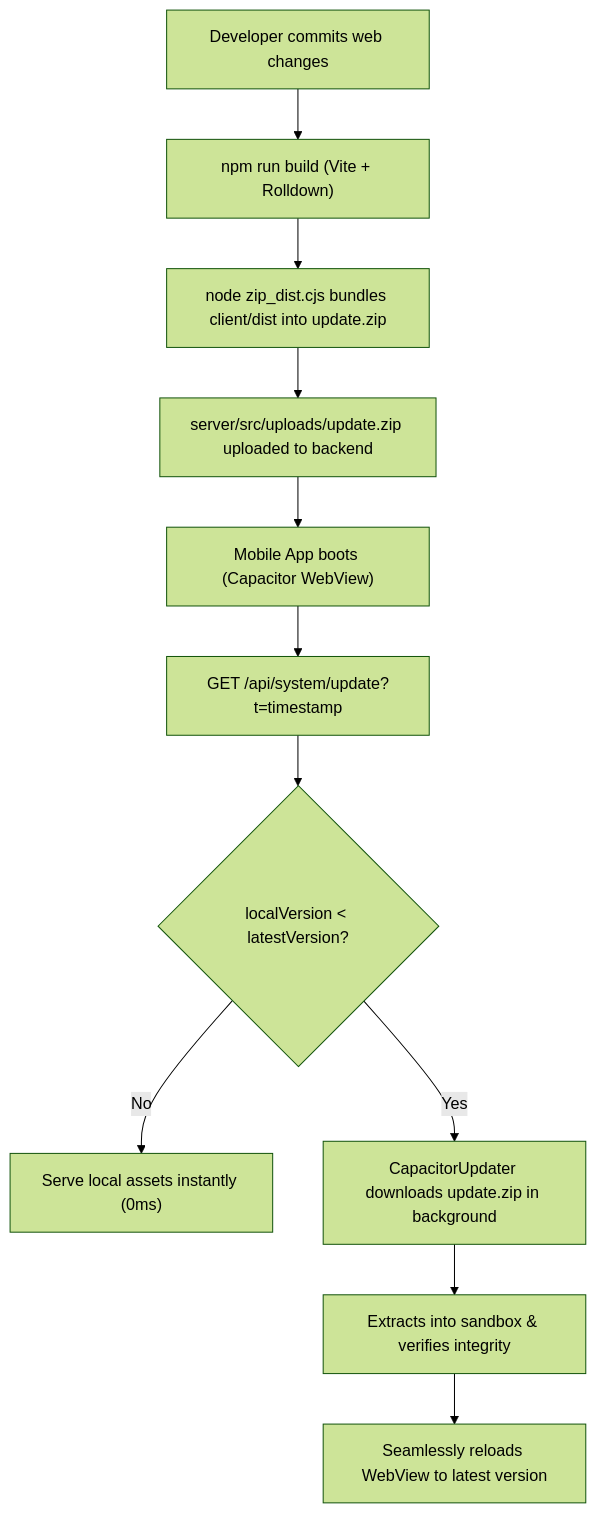
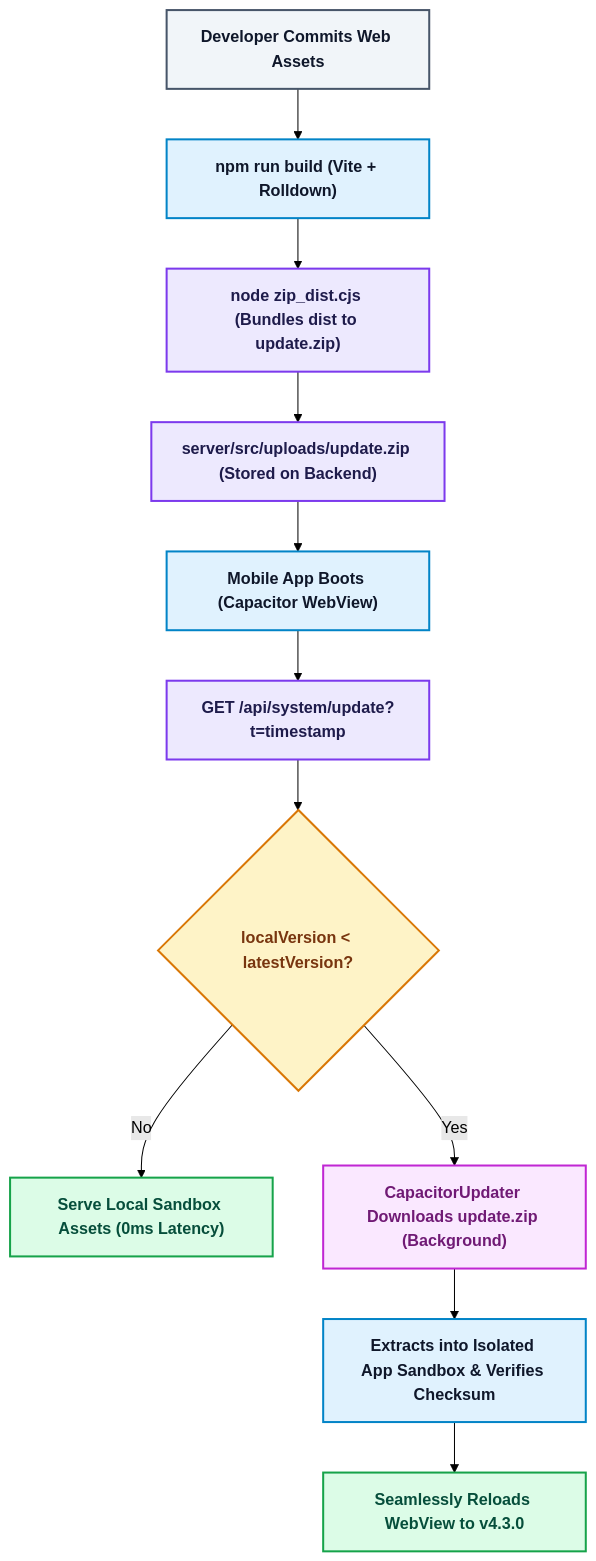
Before and after one commit to nrai18/AttendX: the first of 19 diagrams in README.md, drawn with Mermaid (forest theme). The commit also changed other lines of this file and 78 other files, not shown here.

````diff
--- a/README.md
+++ b/README.md
@@ -145,13 +146,21 @@
 ```mermaid
 flowchart TD
-    A["Developer commits web changes"] --> B["npm run build (Vite + Rolldown)"]
-    B --> C["node zip_dist.cjs bundles client/dist into update.zip"]
-    C --> D["server/src/uploads/update.zip uploaded to backend"]
-    D --> E["Mobile App boots (Capacitor WebView)"]
-    E --> F["GET /api/system/update?t=timestamp"]
-    F --> G{"localVersion < latestVersion?"}
-    G -- No --> H["Serve local assets instantly (0ms)"]
-    G -- Yes --> I["CapacitorUpdater downloads update.zip in background"]
-    I --> J["Extracts into sandbox & verifies integrity"]
-    J --> K["Seamlessly reloads WebView to latest version"]
+    classDef client fill:#e0f2fe,stroke:#0284c7,stroke-width:2px,color:#0f172a,font-weight:bold;
+    classDef server fill:#ede9fe,stroke:#7c3aed,stroke-width:2px,color:#1e1b4b,font-weight:bold;
+    classDef db fill:#dcfce7,stroke:#16a34a,stroke-width:2px,color:#064e3b,font-weight:bold;
+    classDef cache fill:#fef3c7,stroke:#d97706,stroke-width:2px,color:#78350f,font-weight:bold;
+    classDef ai fill:#fae8ff,stroke:#c026d3,stroke-width:2px,color:#701a75,font-weight:bold;
+    classDef warn fill:#fee2e2,stroke:#dc2626,stroke-width:2px,color:#7f1d1d,font-weight:bold;
+    classDef action fill:#f1f5f9,stroke:#475569,stroke-width:2px,color:#0f172a,font-weight:bold;
+
+    A["Developer Commits Web Assets"]:::action --> B["npm run build (Vite + Rolldown)"]:::client
+    B --> C["node zip_dist.cjs (Bundles dist to update.zip)"]:::server
+    C --> D["server/src/uploads/update.zip (Stored on Backend)"]:::server
+    D --> E["Mobile App Boots (Capacitor WebView)"]:::client
+    E --> F["GET /api/system/update?t=timestamp"]:::server
+    F --> G{"localVersion < latestVersion?"}:::cache
+    G -- No --> H["Serve Local Sandbox Assets (0ms Latency)"]:::db
+    G -- Yes --> I["CapacitorUpdater Downloads update.zip (Background)"]:::ai
+    I --> J["Extracts into Isolated App Sandbox & Verifies Checksum"]:::client
+    J --> K["Seamlessly Reloads WebView to v4.3.0"]:::db
 ```
````
